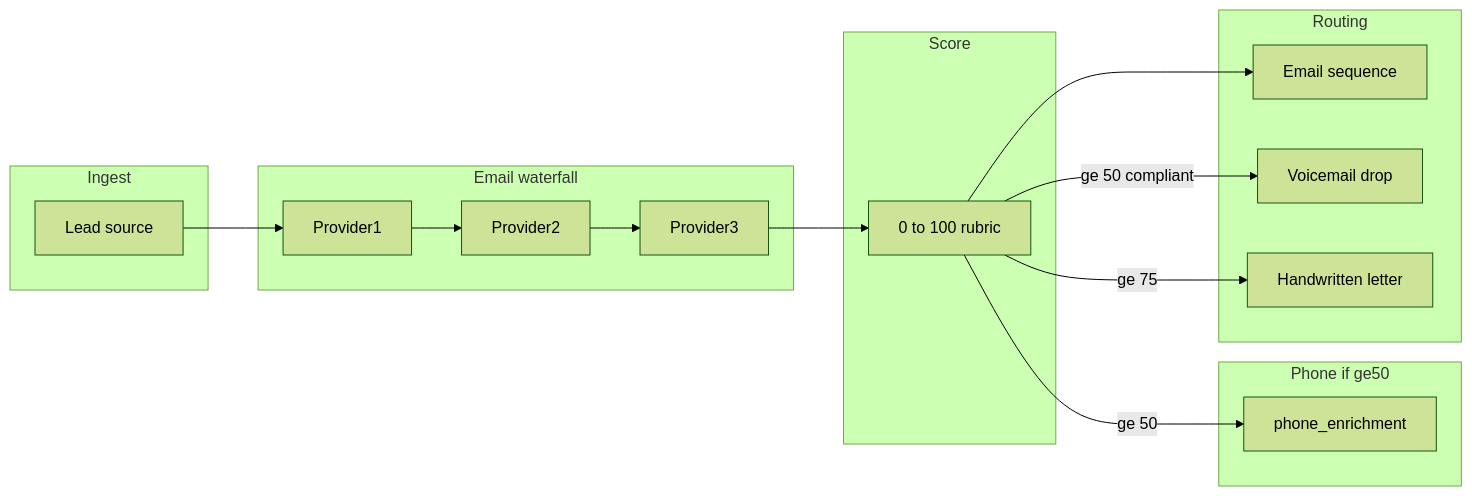
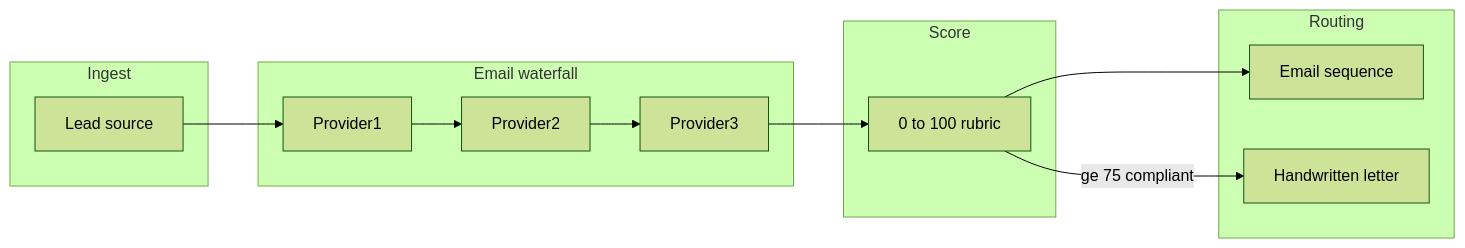
Before and after one commit to Codyp10/JMCG-AI-Outreach: the first of 2 diagrams in docs/jmcg-ai-outreach-plan.md, drawn with Mermaid (forest theme). The commit also changed other lines of this file and 20 other files, not shown here.

````diff
--- a/docs/jmcg-ai-outreach-plan.md
+++ b/docs/jmcg-ai-outreach-plan.md
@@ -370,27 +354,21 @@
 ```mermaid
 flowchart LR
   subgraph ingest [Ingest]
     L[Lead source]
   end
   subgraph water [Email waterfall]
     P1[Provider1]
     P2[Provider2]
     P3[Provider3]
   end
   subgraph score [Score]
     S[0 to 100 rubric]
   end
-  subgraph phone [Phone if ge50]
-    PH[phone_enrichment]
-  end
   subgraph route [Routing]
     E[Email sequence]
-    VM[Voicemail drop]
     DM[Handwritten letter]
   end
   L --> P1 --> P2 --> P3 --> S
-  S -->|ge 50| PH
   S --> E
-  S -->|ge 50 compliant| VM
-  S -->|ge 75| DM
+  S -->|ge 75 compliant| DM
 ```
````
